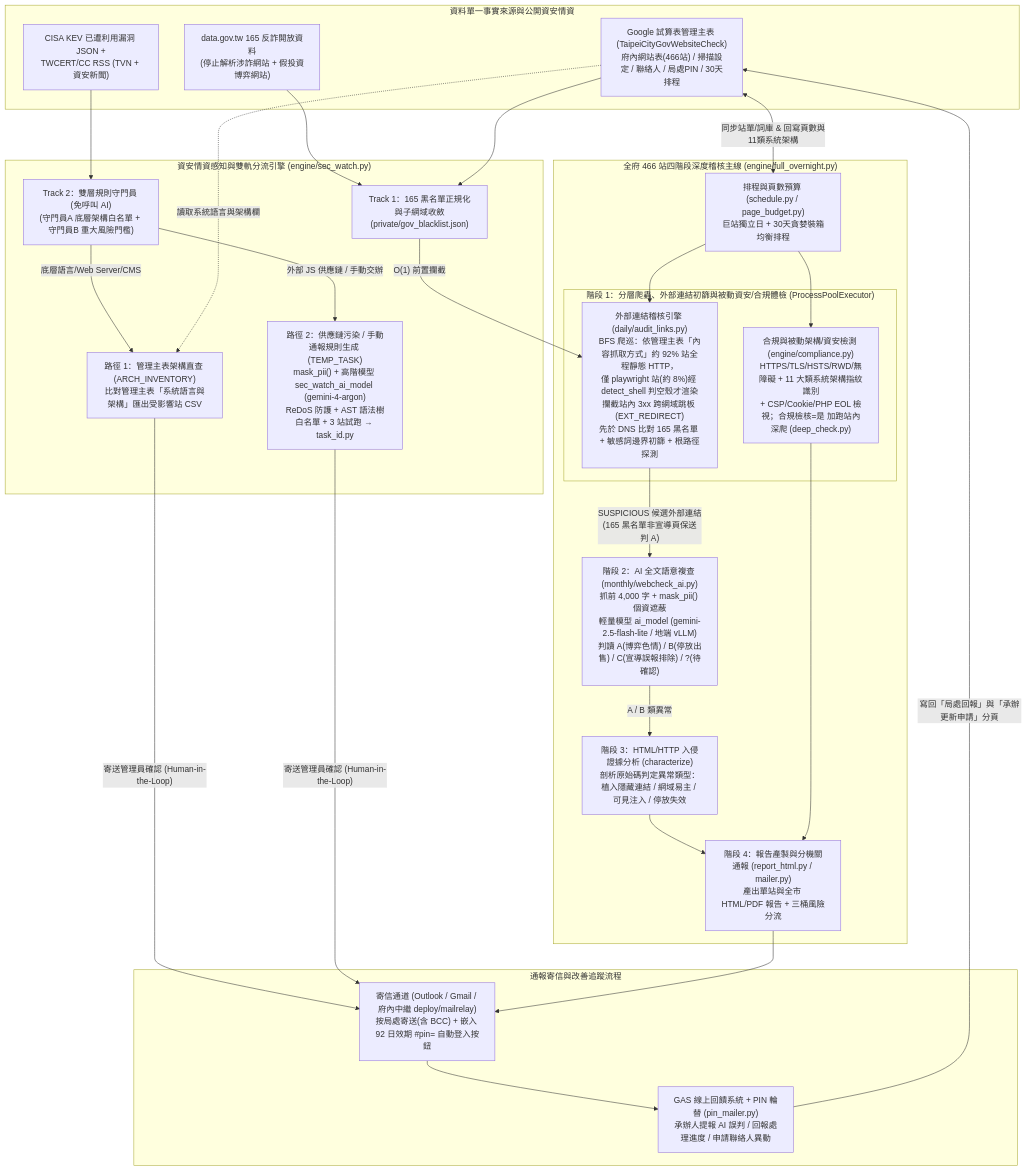
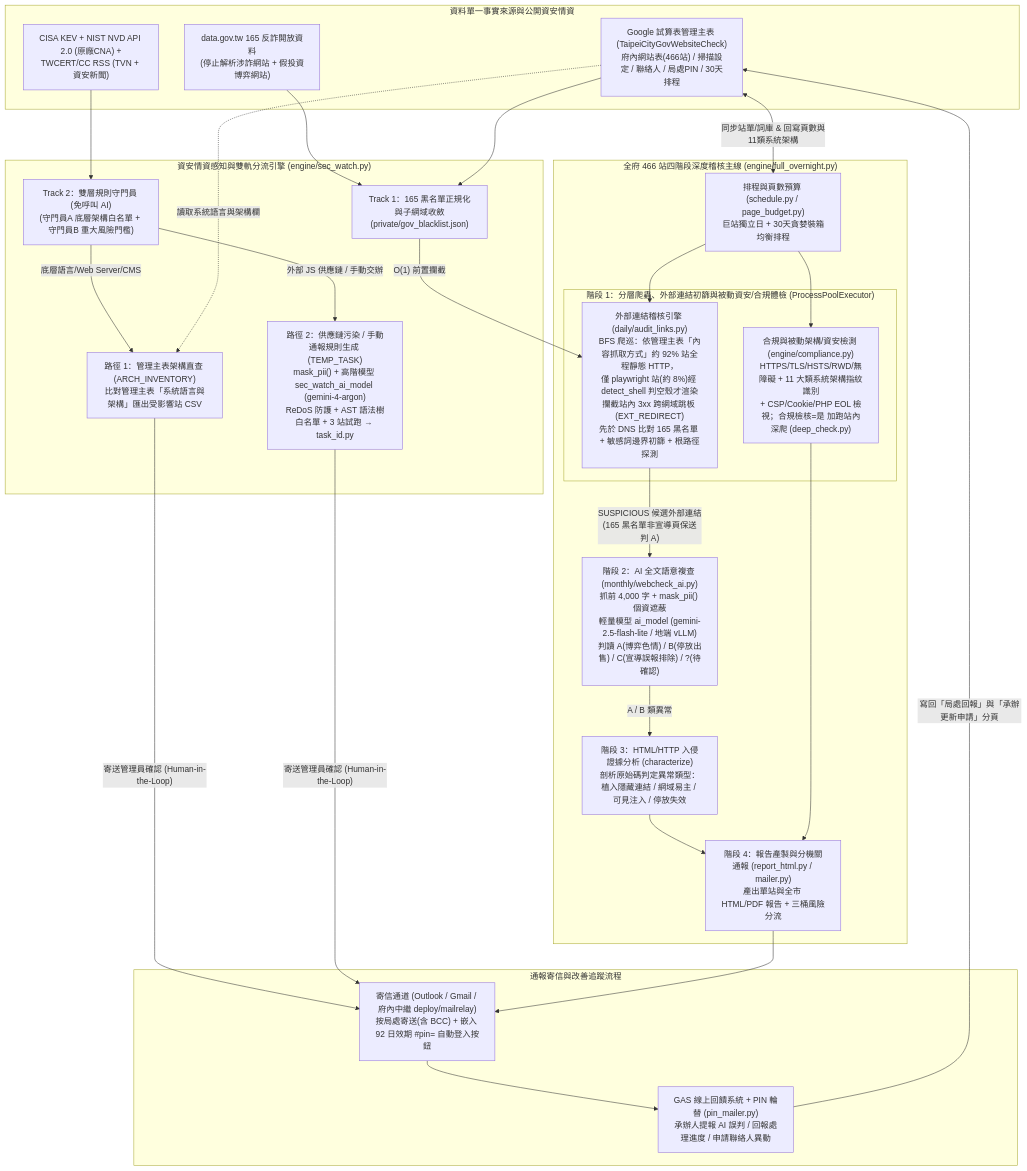
Before and after one commit to acebd12345/websitecheck: the diagram in README.md, drawn with Mermaid. The commit also changed other lines of this file and 3 other files, not shown here.

Commit message:
feat(sec_watch): add NIST NVD API 2.0 upstream CNA feed and fix Apache/CVSS4 gates

````diff
--- a/README.md
+++ b/README.md
@@ -17,48 +17,48 @@
 ```mermaid
 flowchart TD
     subgraph SSoT["資料單一事實來源與公開資安情資"]
         GS["Google 試算表管理主表 (TaipeiCityGovWebsiteCheck)<br/>府內網站表(466站) / 掃描設定 / 聯絡人 / 局處PIN / 30天排程"]
         GOV165["data.gov.tw 165 反詐開放資料<br/>(停止解析涉詐網站 + 假投資博弈網站)"]
-        KEV_RSS["CISA KEV 已遭利用漏洞 JSON +<br/>TWCERT/CC RSS (TVN + 資安新聞)"]
+        KEV_RSS["CISA KEV + NIST NVD API 2.0 (原廠CNA) +<br/>TWCERT/CC RSS (TVN + 資安新聞)"]
     end
 
     subgraph SecWatch["資安情資感知與雙軌分流引擎 (engine/sec_watch.py)"]
         SW_T1["Track 1：165 黑名單正規化與子網域收斂<br/>(private/gov_blacklist.json)"]
         SW_GATE["Track 2：雙層規則守門員 (免呼叫 AI)<br/>(守門員A 底層架構白名單 + 守門員B 重大風險門檻)"]
         SW_P1["路徑 1：管理主表架構直查 (ARCH_INVENTORY)<br/>比對管理主表「系統語言與架構」匯出受影響站 CSV"]
         SW_P2["路徑 2：供應鏈污染 / 手動通報規則生成 (TEMP_TASK)<br/>mask_pii() + 高階模型 sec_watch_ai_model (gemini-4-argon)<br/>ReDoS 防護 + AST 語法樹白名單 + 3 站試跑 → task_id.py"]
     end
 
     subgraph Pipeline["全府 466 站四階段深度稽核主線 (engine/full_overnight.py)"]
         P0["排程與頁數預算 (schedule.py / page_budget.py)<br/>巨站獨立日 + 30天貪婪裝箱均衡排程"]
         subgraph Stage1["階段 1：分層爬蟲、外部連結初篩與被動資安/合規體檢 (ProcessPoolExecutor)"]
             AL["外部連結稽核引擎 (daily/audit_links.py)<br/>BFS 爬巡：依管理主表「內容抓取方式」約 92% 站全程靜態 HTTP，<br/>僅 playwright 站(約 8%)經 detect_shell 判空殼才渲染<br/>攔截站內 3xx 跨網域跳板 (EXT_REDIRECT)<br/>先於 DNS 比對 165 黑名單 + 敏感詞邊界初篩 + 根路徑探測"]
             COMP["合規與被動架構/資安檢測 (engine/compliance.py)<br/>HTTPS/TLS/HSTS/RWD/無障礙 + 11 大類系統架構指紋識別<br/>+ CSP/Cookie/PHP EOL 檢視；合規檢核=是 加跑站內深爬 (deep_check.py)"]
         end
         Stage2["階段 2：AI 全文語意複查 (monthly/webcheck_ai.py)<br/>抓前 4,000 字 + mask_pii() 個資遮蔽<br/>輕量模型 ai_model (gemini-2.5-flash-lite / 地端 vLLM)<br/>判讀 A(博弈色情) / B(停放出售) / C(宣導誤報排除) / ?(待確認)"]
         Stage3["階段 3：HTML/HTTP 入侵證據分析 (characterize)<br/>剖析原始碼判定異常類型：植入隱藏連結 / 網域易主 / 可見注入 / 停放失效"]
         Stage4["階段 4：報告產製與分機關通報 (report_html.py / mailer.py)<br/>產出單站與全市 HTML/PDF 報告 + 三桶風險分流"]
     end
 
     subgraph Delivery["通報寄信與改善追蹤流程"]
         RELAY["寄信通道 (Outlook / Gmail / 府內中繼 deploy/mailrelay)<br/>按局處寄送(含 BCC) + 嵌入 92 日效期 #pin= 自動登入按鈕"]
         FB["GAS 線上回饋系統 + PIN 輪替 (pin_mailer.py)<br/>承辦人提報 AI 誤判 / 回報處理進度 / 申請聯絡人異動"]
     end
 
     GS <-->|"同步站單/詞庫 & 回寫頁數與11類系統架構"| P0
     GOV165 & GS --> SW_T1
     SW_T1 -->|"O(1) 前置攔截"| AL
     KEV_RSS --> SW_GATE
     SW_GATE -->|"底層語言/Web Server/CMS"| SW_P1
     SW_GATE -->|"外部 JS 供應鏈 / 手動交辦"| SW_P2
     GS -.->|"讀取系統語言與架構欄"| SW_P1
     SW_P1 & SW_P2 -->|"寄送管理員確認 (Human-in-the-Loop)"| RELAY
 
     P0 --> AL & COMP
     AL -->|"SUSPICIOUS 候選外部連結<br/>(165 黑名單非宣導頁保送判 A)"| Stage2
     Stage2 -->|"A / B 類異常"| Stage3
     Stage3 & COMP --> Stage4
     Stage4 --> RELAY
     RELAY --> FB
     FB -->|"寫回「局處回報」與「承辦更新申請」分頁"| GS
 ```
````
